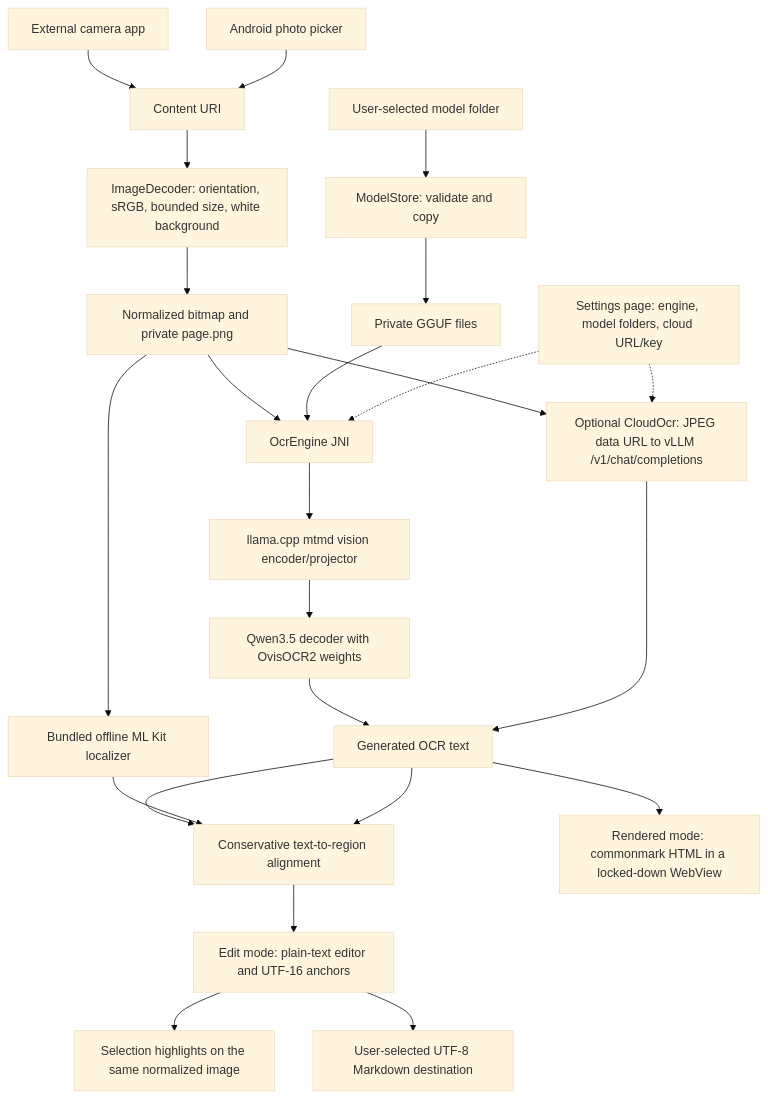
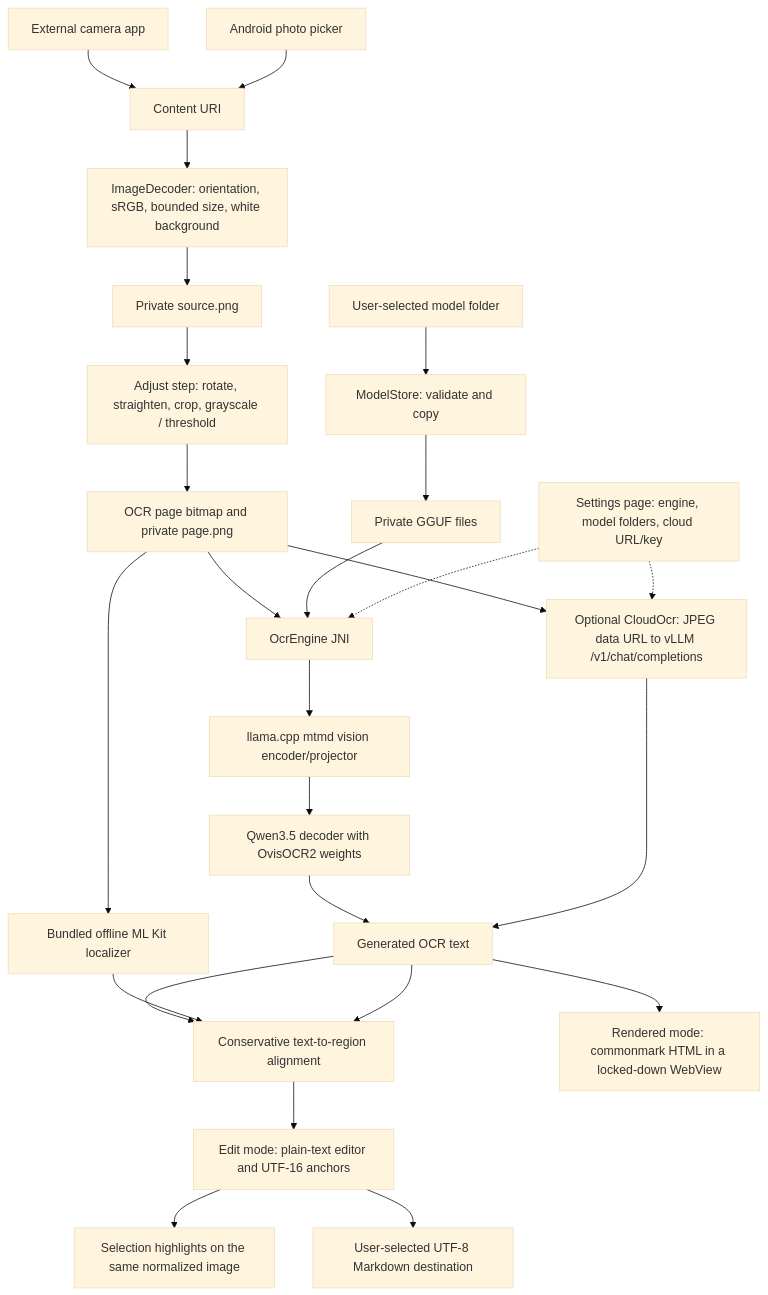
One commit to kchan345/OCRDroid changed the diagram in architecture.md. Above: the diagram before and after it, drawn with Mermaid (base theme). The commit also changed other lines of this file and 3 other files, not shown here.

````diff
--- a/architecture.md
+++ b/architecture.md
@@ -23,26 +23,28 @@
 ```mermaid
 flowchart TD
     Camera[External camera app] --> URI[Content URI]
     Photos[Android photo picker] --> URI
     URI --> Normalize[ImageDecoder: orientation, sRGB, bounded size, white background]
-    Normalize --> Page[Normalized bitmap and private page.png]
+    Normalize --> Source[Private source.png]
+    Source --> Edit[Adjust step: rotate, straighten, crop, grayscale / threshold]
+    Edit --> Page[OCR page bitmap and private page.png]
     Folder[User-selected model folder] --> Store[ModelStore: validate and copy]
     Store --> Weights[Private GGUF files]
     Page --> JNI[OcrEngine JNI]
     Weights --> JNI
     JNI --> Vision[llama.cpp mtmd vision encoder/projector]
     Vision --> Decoder[Qwen3.5 decoder with OvisOCR2 weights]
     Decoder --> Text[Generated OCR text]
     Page --> Localizer[Bundled offline ML Kit localizer]
     Text --> Align[Conservative text-to-region alignment]
     Localizer --> Align
     Page --> Cloud[Optional CloudOcr: JPEG data URL to vLLM /v1/chat/completions]
     Cloud --> Text
     Settings[Settings page: engine, model folders, cloud URL/key] -.-> JNI
     Settings -.-> Cloud
     Text --> Align
     Align --> Editor[Edit mode: plain-text editor and UTF-16 anchors]
     Text --> Rendered[Rendered mode: commonmark HTML in a locked-down WebView]
     Editor --> Overlay[Selection highlights on the same normalized image]
     Editor --> Export[User-selected UTF-8 Markdown destination]
 ```
````
